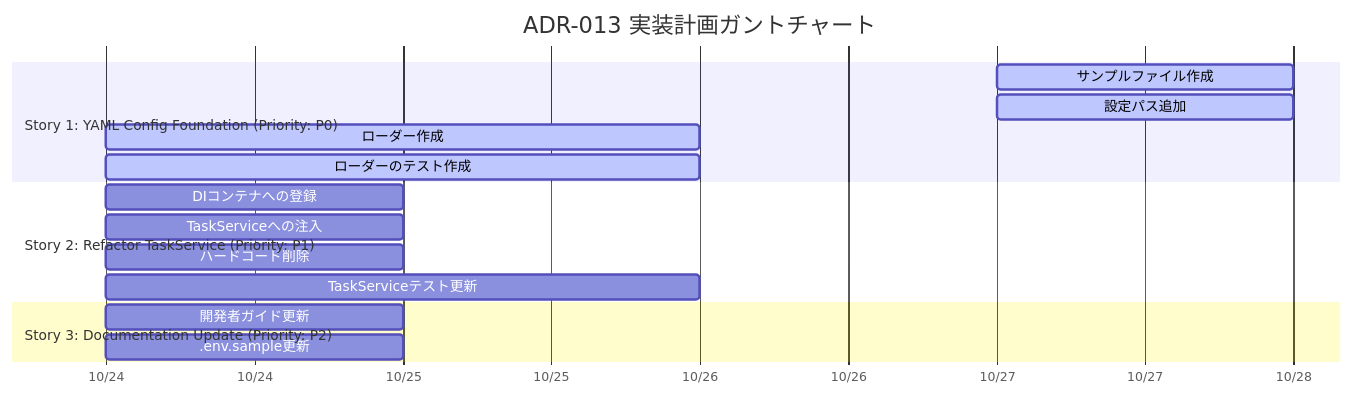
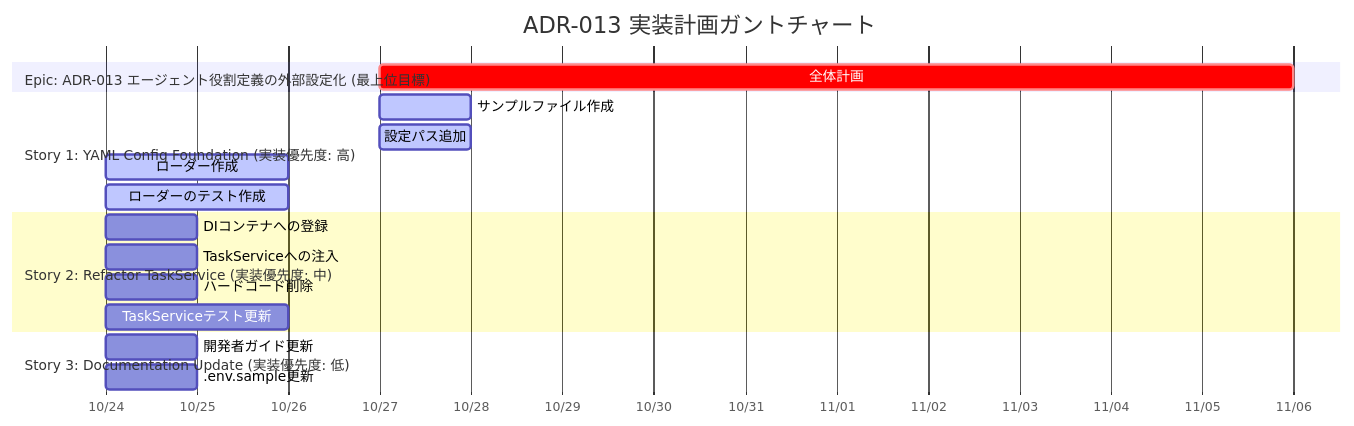
One commit to masa-codehub/github_broker changed the diagram in plans/adr-013/epic-implement-adr-013.md. Above: the diagram before and after it, drawn with Mermaid. The commit also changed other lines of this file, not shown here.

Commit message:
feat(plans): ADR-013の計画にガントチャートと優先度説明を更新

````diff
--- a/plans/adr-013/epic-implement-adr-013.md
+++ b/plans/adr-013/epic-implement-adr-013.md
@@ -27,25 +29,29 @@
 ```mermaid
 gantt
     title ADR-013 実装計画ガントチャート
     dateFormat  YYYY-MM-DD
     axisFormat  %m/%d
 
-    %% --- Story 1: YAMLベースのエージェント設定機構を導入する (P0) ---
-    section Story 1: YAML Config Foundation (Priority: P0)
+    %% --- Epic: ADR-013 エージェント役割定義の外部設定化 (最上位目標) ---
+    section Epic: ADR-013 エージェント役割定義の外部設定化 (最上位目標)
+    全体計画 :crit, 2025-10-27, 10d
+
+    %% --- Story 1: YAMLベースのエージェント設定機構を導入する (実装優先度: 高) ---
+    section Story 1: YAML Config Foundation (実装優先度: 高)
     サンプルファイル作成      :active, task-1.1, 2025-10-27, 1d
     設定パス追加         :active, task-1.2, 2025-10-27, 1d
     ローダー作成           :active, task-1.3, after task-1.2, 2d
     ローダーのテスト作成     :active, task-1.4, after task-1.3, 2d
 
-    %% --- Story 2: TaskServiceが外部設定を利用できるようにする (P1) ---
-    section Story 2: Refactor TaskService (Priority: P1)
+    %% --- Story 2: TaskServiceが外部設定を利用できるようにする (実装優先度: 中) ---
+    section Story 2: Refactor TaskService (実装優先度: 中)
     DIコンテナへの登録: task-2.1, after task-1.4, 1d
     TaskServiceへの注入 : task-2.2, after task-2.1, 1d
     ハードコード削除  : task-2.3, after task-2.2, 1d
     TaskServiceテスト更新: task-2.4, after task-2.3, 2d
 
-    %% --- Story 3: 新しい設定に対応したドキュメントを更新する (P2) ---
-    section Story 3: Documentation Update (Priority: P2)
+    %% --- Story 3: 新しい設定に対応したドキュメントを更新する (実装優先度: 低) ---
+    section Story 3: Documentation Update (実装優先度: 低)
     開発者ガイド更新  : task-3.1, after task-2.4, 1d
     .env.sample更新      : task-3.2, after task-3.1, 1d
 ```
````
